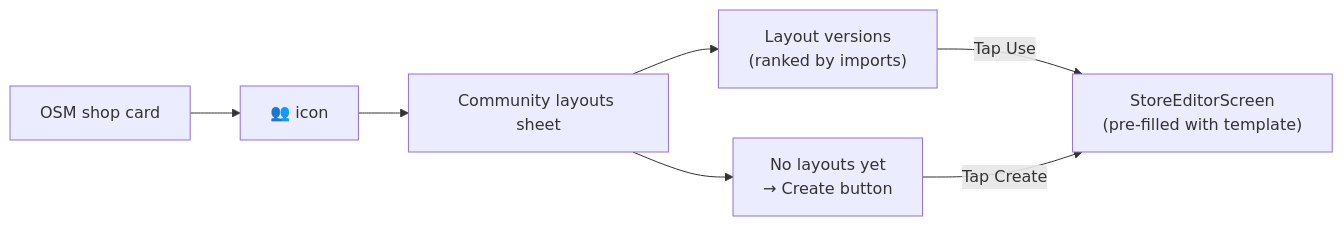
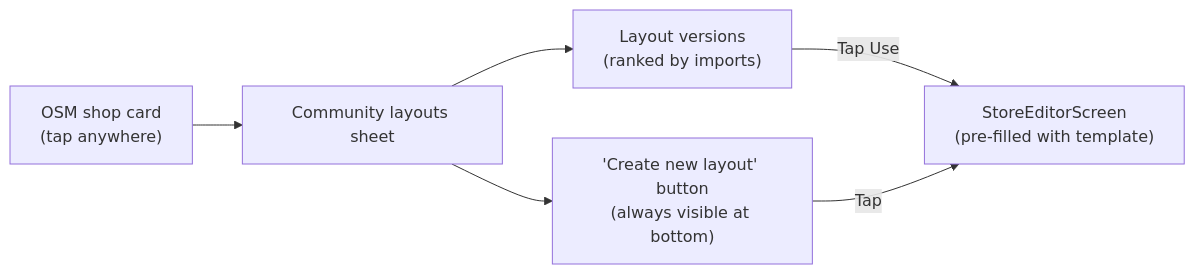
Before and after one commit to danile42/fairelescourses: the sixth of 10 diagrams in docs/user-guide.md, drawn with Mermaid. The commit also changed other lines of this file and 9 other files, not shown here.

First line of the commit message:
OSM tile tap opens community sheet; optional tour hints; docs

````diff
--- a/docs/user-guide.md
+++ b/docs/user-guide.md
@@ -302,9 +302,8 @@
 ```mermaid
 flowchart LR
-    OSMCard["OSM shop card"] --> Icon["👥 icon"]
-    Icon --> Sheet["Community layouts sheet"]
+    OSMCard["OSM shop card\n(tap anywhere)"] --> Sheet["Community layouts sheet"]
     Sheet --> Versions["Layout versions\n(ranked by imports)"]
-    Sheet --> Empty["No layouts yet\n→ Create button"]
+    Sheet --> Footer["'Create new layout' button\n(always visible at bottom)"]
     Versions -->|"Tap Use"| Editor["StoreEditorScreen\n(pre-filled with template)"]
-    Empty -->|"Tap Create"| Editor
+    Footer -->|"Tap"| Editor
 ```
````
